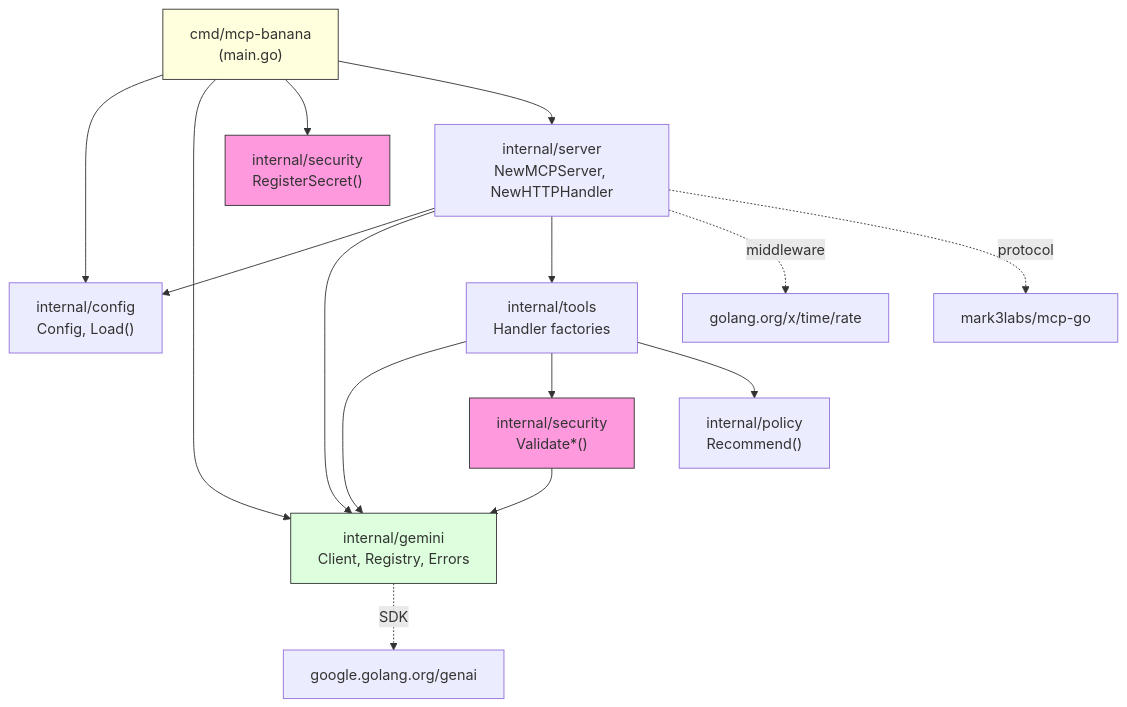
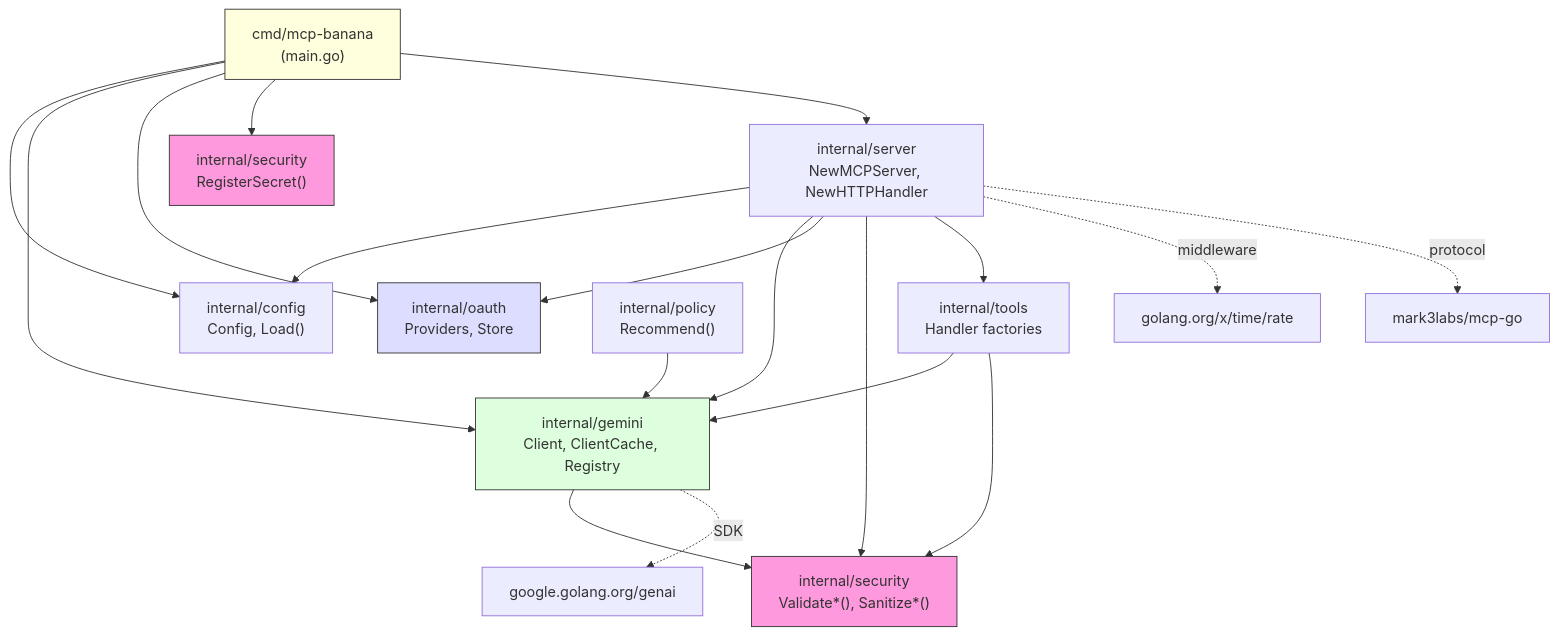
One commit to reshinto/mcp-banana changed the diagram in docs/diagrams/package-dependencies.mmd. Above: the diagram before and after it, drawn with Mermaid. The commit also changed 13 other files, not shown here.

Commit message:
Update all mermaid diagrams for OAuth, per-user keys, and TLS

```diff
--- a/docs/diagrams/package-dependencies.mmd
+++ b/docs/diagrams/package-dependencies.mmd
@@ -1,24 +1,29 @@
 graph TD
     MAIN["cmd/mcp-banana<br/>(main.go)"] --> CONFIG["internal/config<br/>Config, Load()"]
-    MAIN --> GEMINI["internal/gemini<br/>Client, Registry, Errors"]
+    MAIN --> GEMINI["internal/gemini<br/>Client, ClientCache, Registry"]
+    MAIN --> OAUTH["internal/oauth<br/>Providers, Store"]
     MAIN --> SECURITY_S["internal/security<br/>RegisterSecret()"]
     MAIN --> SERVER["internal/server<br/>NewMCPServer, NewHTTPHandler"]
 
     SERVER --> CONFIG
     SERVER --> GEMINI
+    SERVER --> OAUTH
+    SERVER --> SECURITY_V["internal/security<br/>Validate*(), Sanitize*()"]
     SERVER --> TOOLS["internal/tools<br/>Handler factories"]
 
     TOOLS --> GEMINI
-    TOOLS --> SECURITY_V["internal/security<br/>Validate*()"]
-    TOOLS --> POLICY["internal/policy<br/>Recommend()"]
+    TOOLS --> SECURITY_V
 
-    SECURITY_V --> GEMINI
+    GEMINI --> SECURITY_V
+
+    POLICY["internal/policy<br/>Recommend()"] --> GEMINI
 
     SERVER -.->|middleware| RATE["golang.org/x/time/rate"]
     GEMINI -.->|SDK| GENAI["google.golang.org/genai"]
     SERVER -.->|protocol| MCPGO["mark3labs/mcp-go"]
 
     style MAIN fill:#ffd,stroke:#333
     style GEMINI fill:#dfd,stroke:#333
     style SECURITY_V fill:#f9d,stroke:#333
     style SECURITY_S fill:#f9d,stroke:#333
+    style OAUTH fill:#ddf,stroke:#333
```
